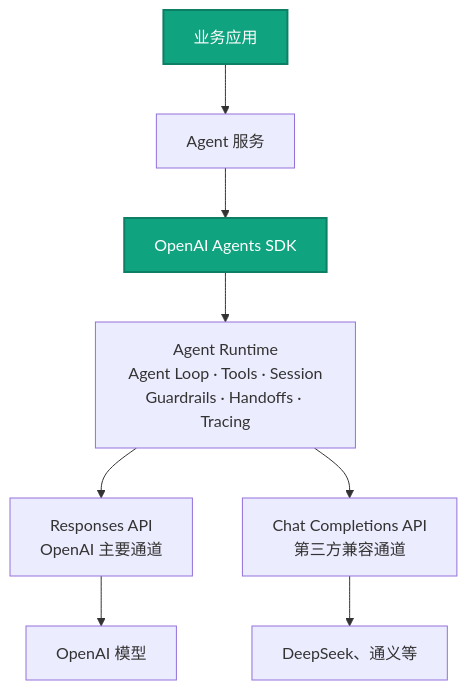
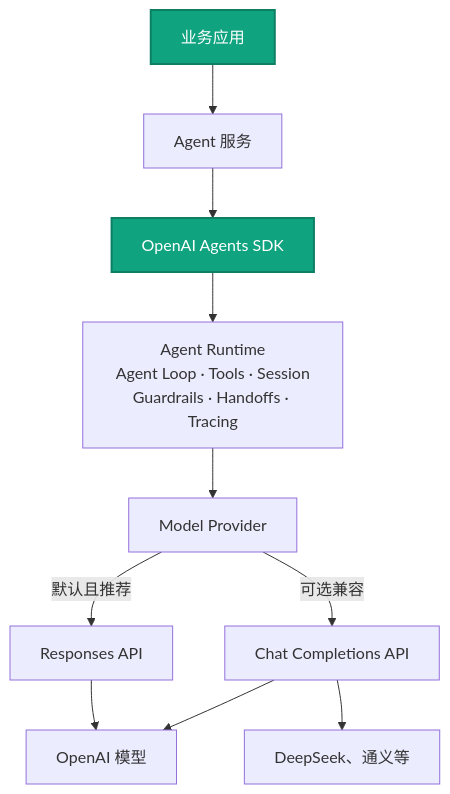
Before and after one commit to yiyezhangmu/agentdoc: the eighth of 8 diagrams in docs/ai-agent/openai/chat-completions-responses-agents/index.md, drawn with Mermaid. The commit also changed other lines of this file and 63 other files, not shown here.

````diff
--- a/docs/ai-agent/openai/chat-completions-responses-agents/index.md
+++ b/docs/ai-agent/openai/chat-completions-responses-agents/index.md
@@ -803,13 +915,15 @@
 ```mermaid
 flowchart TB
     APP["业务应用"] --> SERVICE["Agent 服务"]
     SERVICE --> SDK["OpenAI Agents SDK"]
     SDK --> RUNTIME["Agent Runtime<br/>Agent Loop · Tools · Session<br/>Guardrails · Handoffs · Tracing"]
-    RUNTIME --> RESP["Responses API<br/>OpenAI 主要通道"]
-    RUNTIME --> CHAT["Chat Completions API<br/>第三方兼容通道"]
+    RUNTIME --> PROVIDER["Model Provider"]
+    PROVIDER -->|默认且推荐| RESP["Responses API"]
+    PROVIDER -->|可选兼容| CHAT["Chat Completions API"]
     RESP --> OPENAI["OpenAI 模型"]
+    CHAT --> OPENAI
     CHAT --> THIRD["DeepSeek、通义等"]
 
     classDef accent fill:#10a37f,color:#ffffff,stroke:#0d7f65,stroke-width:2px;
     class APP,SDK accent;
 ```
````
